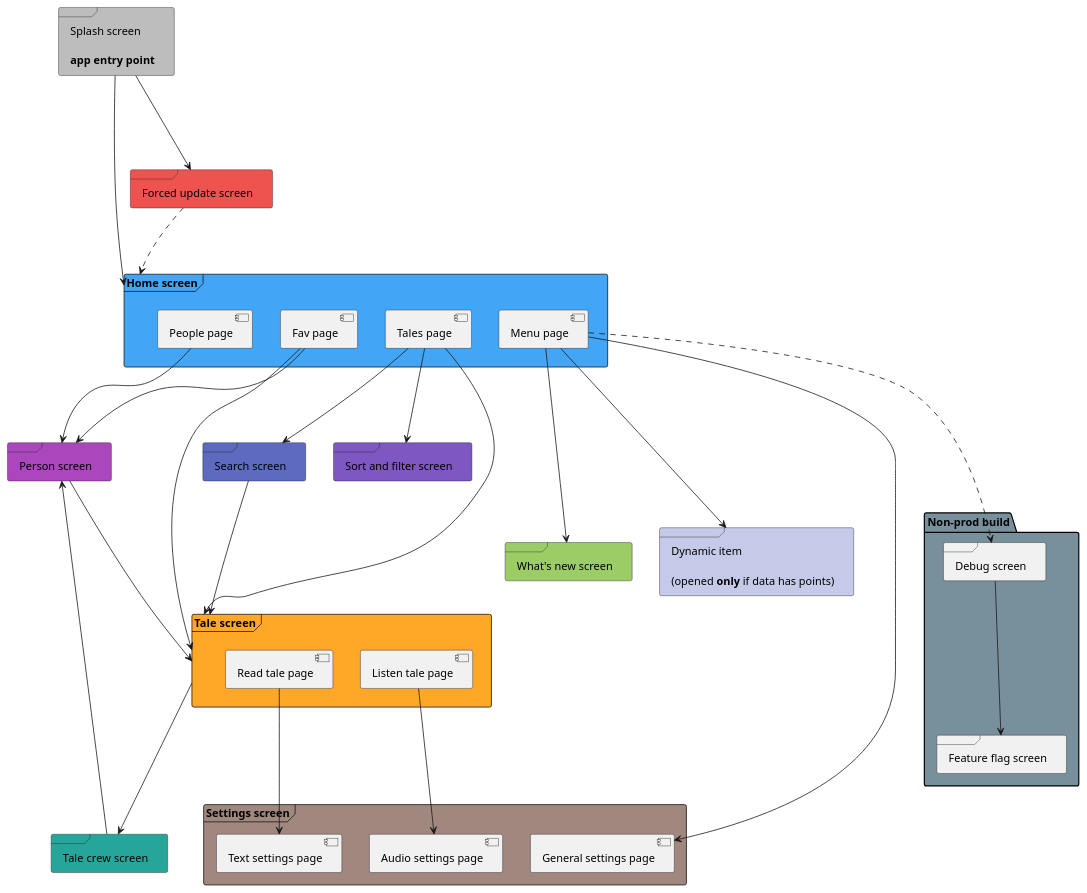
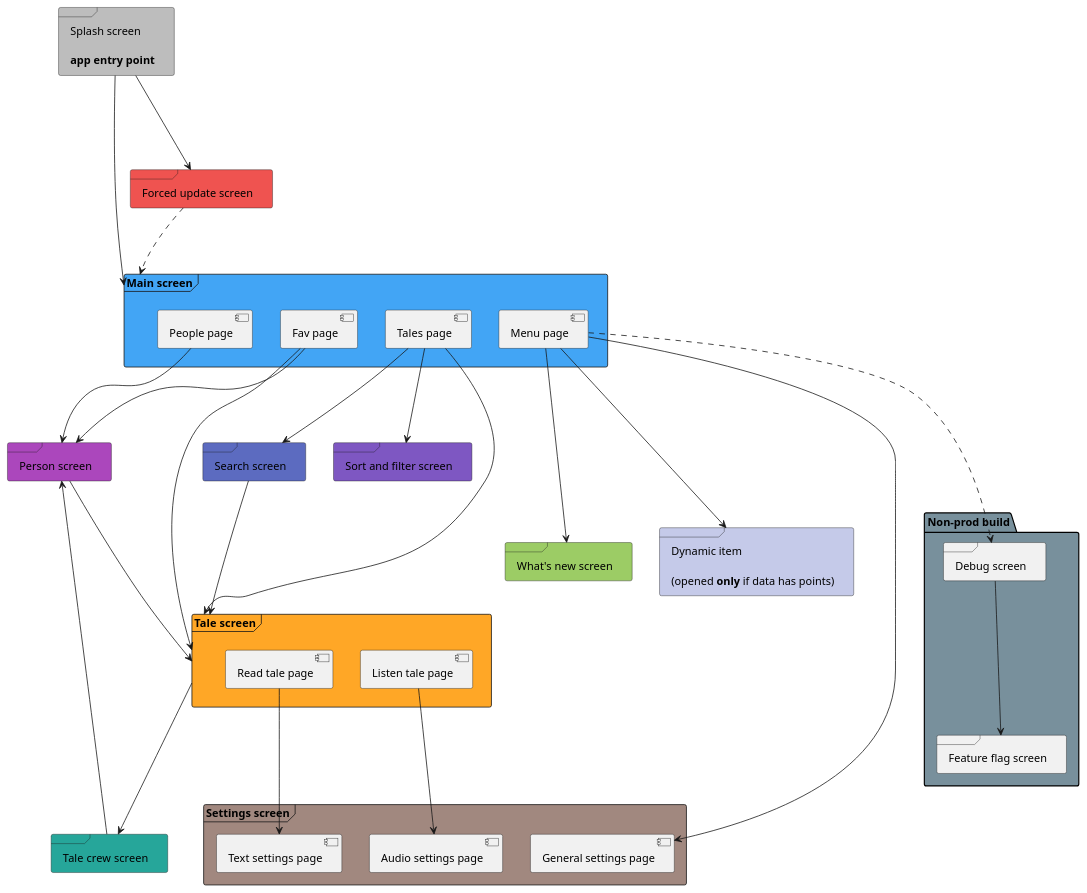
The diagram in docs/SCREENS_SCHEMA.md (kazky-dytynstva/mobile-app), drawn with PlantUML before and after one commit. The commit also changed 31 other files, not shown here.

Commit message:
Rename home screen into main

```diff
--- a/docs/SCREENS_SCHEMA.md
+++ b/docs/SCREENS_SCHEMA.md
@@ -12,61 +12,61 @@
     @startuml
     frame "Splash screen\n\n<b>app entry point</b>" as screenSplash #bdbdbd
     
-    frame "Home screen" as screenHome #42a5f5 {
-    [Tales page] as pageHomeTales
-    [Fav page] as pageHomeFav
-    [People page] as pageHomePeople
-    [Menu page] as pageHomeMenu
+    frame "Main screen" as screenMain #42a5f5 {
+    [Tales page] as mainPageTales
+    [Fav page] as mainPageFav
+    [People page] as mainPagePeople
+    [Menu page] as mainPageMenu
     }
     
     frame "Settings screen" as screenSettings #a1887f{
     [General settings page] as pageSettingsGeneral
     [Audio settings page] as pageSettingsAudio
     [Text settings page] as pageSettingsText
     }
     frame "Sort and filter screen" as screenSortAndFilter #7e57c2
     frame "Search screen" as screenSearch #5c6bc0
     frame "Person screen" as screenPerson #ab47bc
     frame "Tale crew screen" as screenTaleCrew #26a69a
     frame "What's new screen" as screenWhatsNew #9ccc65
     frame "Dynamic item\n\n(opened <b>only</b> if data has points)" as screenDynamicItem #c5cae9
     frame "Forced update screen" as screenForcedUpdate #ef5350
     
     package "Non-prod build" #78909c{
     frame "Debug screen" as screenDebug
     frame "Feature flag screen" as screenFeatureFlag
     }
     
     frame "Tale screen" as screenTale #ffa726 {
     [Read tale page] as pageTaleRead
     [Listen tale page] as pageTaleListen
     }
     
-    screenSplash --down--> screenHome
+    screenSplash --down--> screenMain
     screenSplash ---> screenForcedUpdate
     
-    screenForcedUpdate ..down.> screenHome
+    screenForcedUpdate ..down.> screenMain
     
-    pageHomeTales --down-> screenTale
-    pageHomeTales ---> screenSortAndFilter
-    pageHomeTales --down-> screenSearch
-    pageHomeFav ---> screenTale
-    pageHomeFav ---> screenPerson
-    pageHomePeople ---> screenPerson
-    pageHomeMenu ----> pageSettingsGeneral
-    pageHomeMenu -..-> screenDebug
-    pageHomeMenu ----> screenWhatsNew
-    pageHomeMenu ----> screenDynamicItem
+    mainPageTales --down-> screenTale
+    mainPageTales ---> screenSortAndFilter
+    mainPageTales --down-> screenSearch
+    mainPageFav ---> screenTale
+    mainPageFav ---> screenPerson
+    mainPagePeople ---> screenPerson
+    mainPageMenu ----> pageSettingsGeneral
+    mainPageMenu -..-> screenDebug
+    mainPageMenu ----> screenWhatsNew
+    mainPageMenu ----> screenDynamicItem
     
     screenPerson --down-> screenTale
     
     screenSearch ---> screenTale
     
     screenTale ---> screenTaleCrew
     pageTaleRead ---> pageSettingsText
     pageTaleListen ---> pageSettingsAudio
     
     screenTaleCrew --up-> screenPerson
     
     screenDebug -down--> screenFeatureFlag
     @enduml
```
